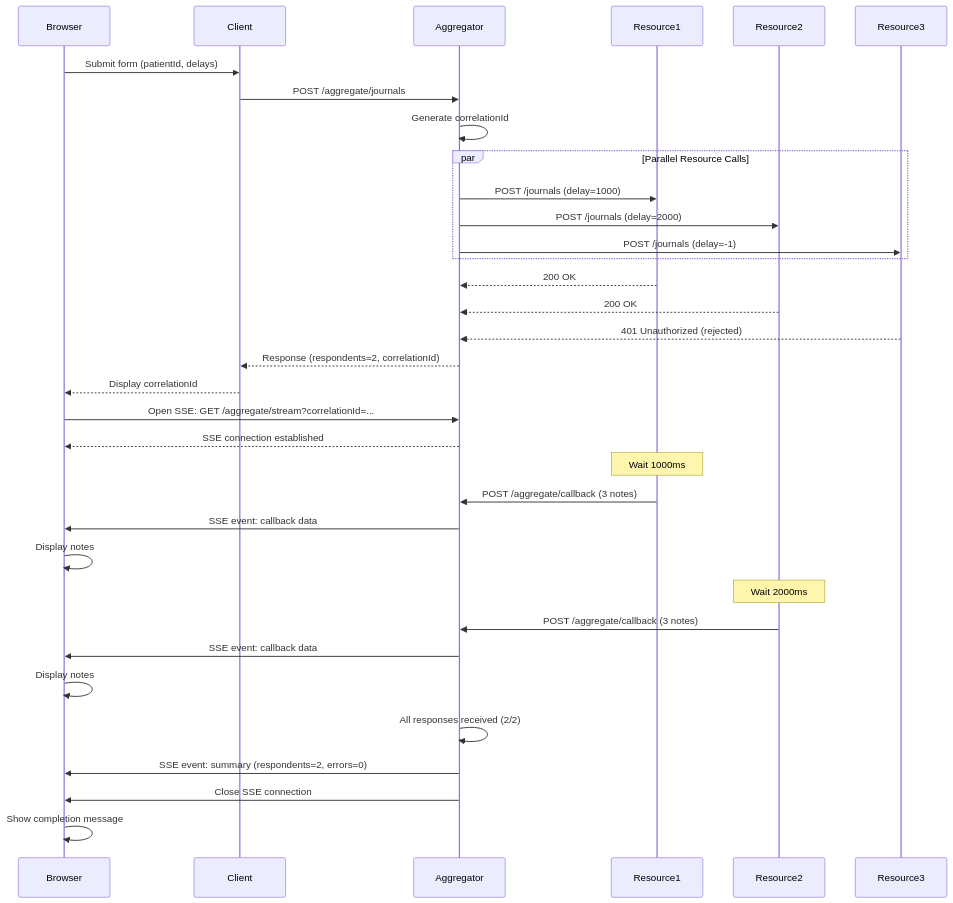
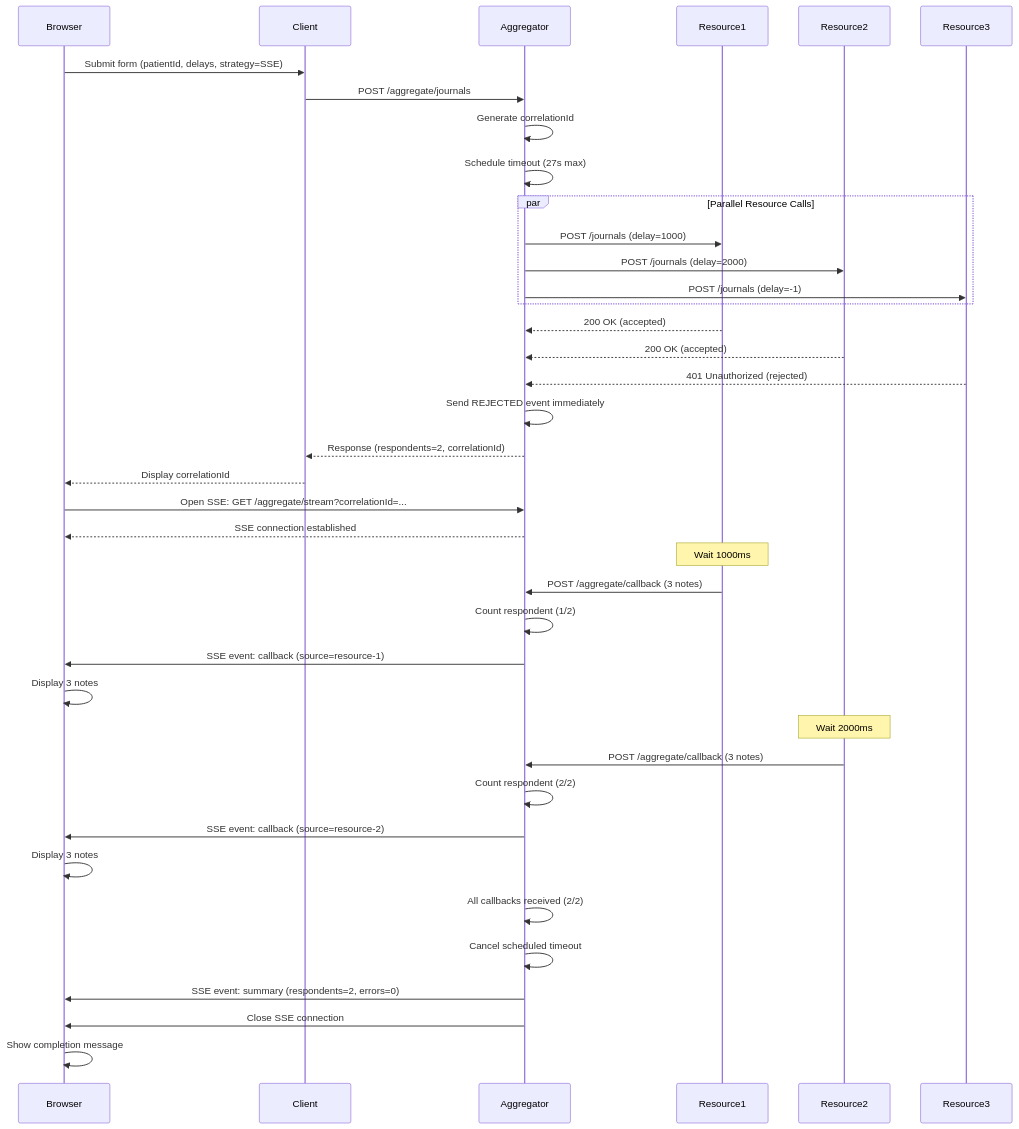
One commit to anders-malmros-inera/aggregator changed the first of 5 diagrams in README.md. Above: the diagram before and after it, drawn with Mermaid. The commit also changed other lines of this file and 6 other files, not shown here.

````diff
--- a/README.md
+++ b/README.md
@@ -142,44 +200,49 @@
 ```mermaid
 sequenceDiagram
     participant Browser
     participant Client
     participant Aggregator
     participant Resource1
     participant Resource2
     participant Resource3
 
-    Browser->>Client: Submit form (patientId, delays)
+    Browser->>Client: Submit form (patientId, delays, strategy=SSE)
     Client->>Aggregator: POST /aggregate/journals
     Aggregator->>Aggregator: Generate correlationId
+    Aggregator->>Aggregator: Schedule timeout (27s max)
     
     par Parallel Resource Calls
         Aggregator->>Resource1: POST /journals (delay=1000)
         Aggregator->>Resource2: POST /journals (delay=2000)
         Aggregator->>Resource3: POST /journals (delay=-1)
     end
     
-    Resource1-->>Aggregator: 200 OK
-    Resource2-->>Aggregator: 200 OK
+    Resource1-->>Aggregator: 200 OK (accepted)
+    Resource2-->>Aggregator: 200 OK (accepted)
     Resource3-->>Aggregator: 401 Unauthorized (rejected)
     
+    Aggregator->>Aggregator: Send REJECTED event immediately
     Aggregator-->>Client: Response (respondents=2, correlationId)
     Client-->>Browser: Display correlationId
     
     Browser->>Aggregator: Open SSE: GET /aggregate/stream?correlationId=...
     Aggregator-->>Browser: SSE connection established
     
     Note over Resource1: Wait 1000ms
     Resource1->>Aggregator: POST /aggregate/callback (3 notes)
-    Aggregator->>Browser: SSE event: callback data
-    Browser->>Browser: Display notes
+    Aggregator->>Aggregator: Count respondent (1/2)
+    Aggregator->>Browser: SSE event: callback (source=resource-1)
+    Browser->>Browser: Display 3 notes
     
     Note over Resource2: Wait 2000ms
     Resource2->>Aggregator: POST /aggregate/callback (3 notes)
-    Aggregator->>Browser: SSE event: callback data
-    Browser->>Browser: Display notes
+    Aggregator->>Aggregator: Count respondent (2/2)
+    Aggregator->>Browser: SSE event: callback (source=resource-2)
+    Browser->>Browser: Display 3 notes
     
-    Aggregator->>Aggregator: All responses received (2/2)
+    Aggregator->>Aggregator: All callbacks received (2/2)
+    Aggregator->>Aggregator: Cancel scheduled timeout
     Aggregator->>Browser: SSE event: summary (respondents=2, errors=0)
     Aggregator->>Browser: Close SSE connection
     Browser->>Browser: Show completion message
 ```
````
